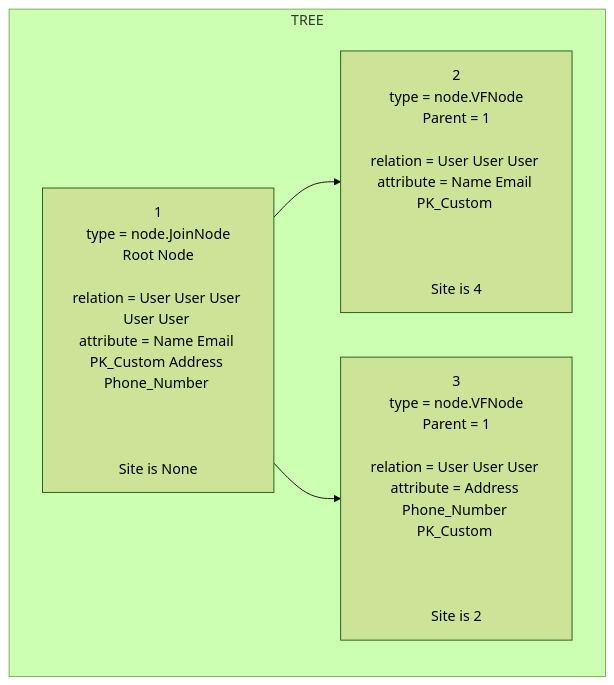
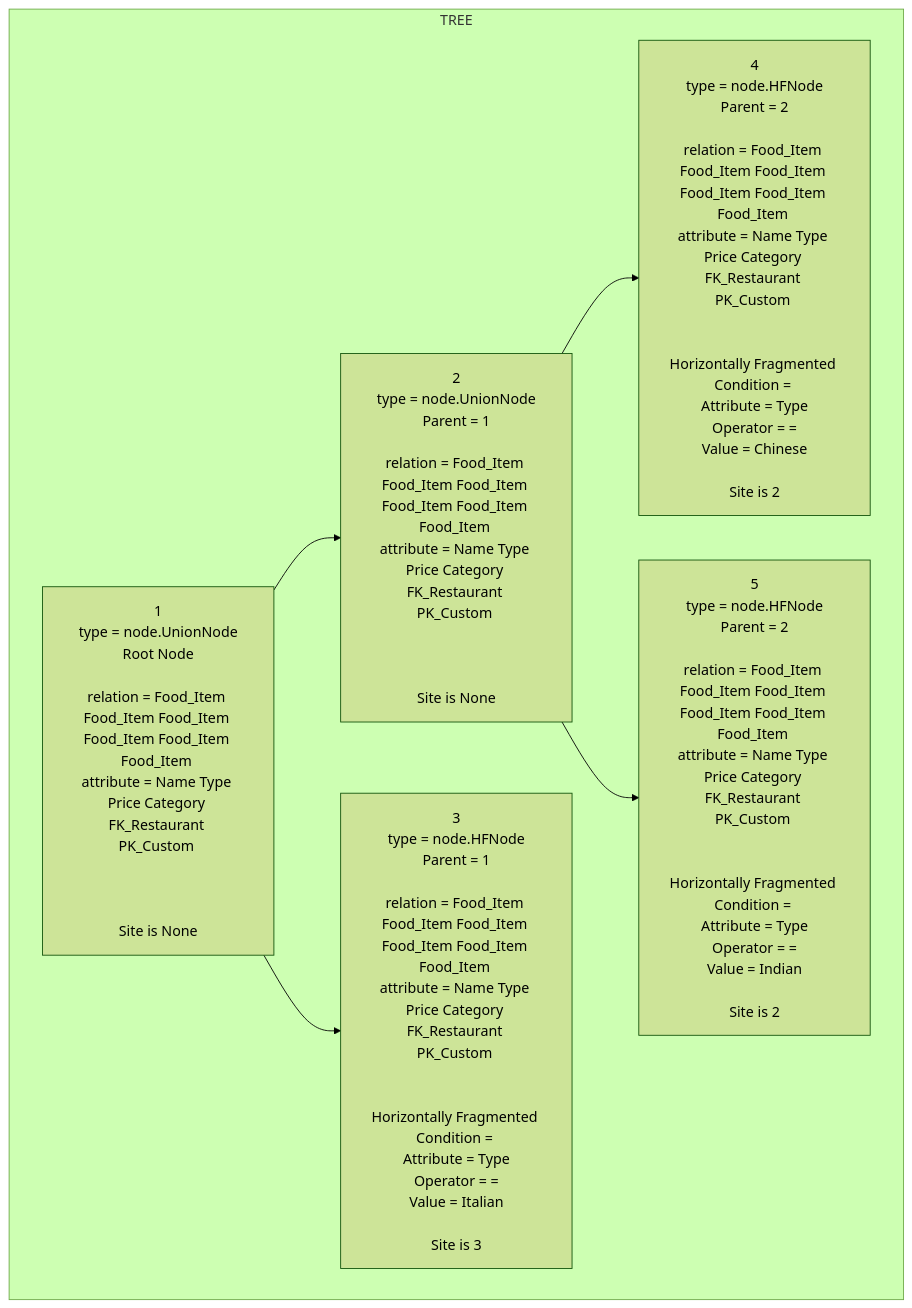
The diagram in phase3/src/complete.md (krtikgrg/Distributed_Database_System), drawn with Mermaid (forest theme) before and after one commit. The commit also changed 23 other files, not shown here.

Commit message:
Column name requirement handled, schema pending

````diff
--- a/phase3/src/complete.md
+++ b/phase3/src/complete.md
@@ -1,10 +1,14 @@
 ```mermaid
 graph TD
 subgraph TREE
-1[1<br/>type = node.JoinNode<br/>Root Node<br/><br/>relation = User User User User User <br/>attribute = Name Email PK_Custom Address Phone_Number <br/><br/><br/><br/>Site is None<br/>]
-2[2<br/>type = node.VFNode<br/>Parent = 1<br/><br/>relation = User User User <br/>attribute = Name Email PK_Custom <br/><br/><br/><br/>Site is 4<br/>]
+1[1<br/>type = node.UnionNode<br/>Root Node<br/><br/>relation = Food_Item Food_Item Food_Item Food_Item Food_Item Food_Item <br/>attribute = Name Type Price Category FK_Restaurant PK_Custom <br/><br/><br/><br/>Site is None<br/>]
+2[2<br/>type = node.UnionNode<br/>Parent = 1<br/><br/>relation = Food_Item Food_Item Food_Item Food_Item Food_Item Food_Item <br/>attribute = Name Type Price Category FK_Restaurant PK_Custom <br/><br/><br/><br/>Site is None<br/>]
 1-->2
-3[3<br/>type = node.VFNode<br/>Parent = 1<br/><br/>relation = User User User <br/>attribute = Address Phone_Number PK_Custom <br/><br/><br/><br/>Site is 2<br/>]
+3[3<br/>type = node.HFNode<br/>Parent = 1<br/><br/>relation = Food_Item Food_Item Food_Item Food_Item Food_Item Food_Item <br/>attribute = Name Type Price Category FK_Restaurant PK_Custom <br/><br/><br/>Horizontally Fragmented Condition = <br/>Attribute = Type<br/>Operator = =<br/>Value = Italian<br/><br/>Site is 3<br/>]
 1-->3
+4[4<br/>type = node.HFNode<br/>Parent = 2<br/><br/>relation = Food_Item Food_Item Food_Item Food_Item Food_Item Food_Item <br/>attribute = Name Type Price Category FK_Restaurant PK_Custom <br/><br/><br/>Horizontally Fragmented Condition = <br/>Attribute = Type<br/>Operator = =<br/>Value = Chinese<br/><br/>Site is 2<br/>]
+2-->4
+5[5<br/>type = node.HFNode<br/>Parent = 2<br/><br/>relation = Food_Item Food_Item Food_Item Food_Item Food_Item Food_Item <br/>attribute = Name Type Price Category FK_Restaurant PK_Custom <br/><br/><br/>Horizontally Fragmented Condition = <br/>Attribute = Type<br/>Operator = =<br/>Value = Indian<br/><br/>Site is 2<br/>]
+2-->5
 end
 ```
````
